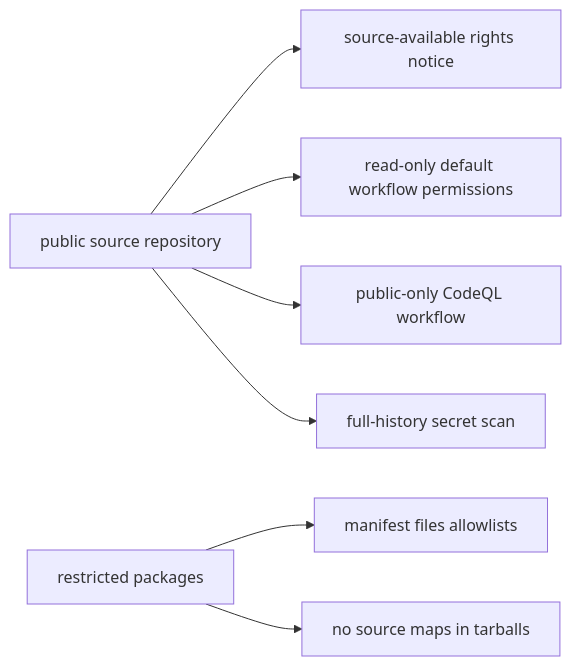
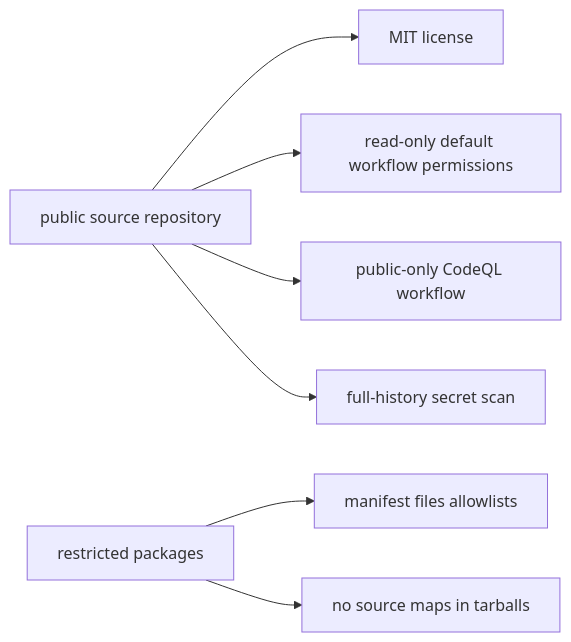
One commit to caffeinebounce/shared-packages changed the fifth of 5 diagrams in docs/ARCHITECTURE_DIAGRAMS.md. Above: the diagram before and after it, drawn with Mermaid. The commit also changed other lines of this file and 27 other files, not shown here.

Commit message:
docs: switch shared packages to MIT license

````diff
--- a/docs/ARCHITECTURE_DIAGRAMS.md
+++ b/docs/ARCHITECTURE_DIAGRAMS.md
@@ -67,9 +67,9 @@
 ```mermaid
 flowchart LR
-  repo["public source repository"] --> rights["source-available rights notice"]
+  repo["public source repository"] --> rights["MIT license"]
   repo --> workflows["read-only default workflow permissions"]
   repo --> codeql["public-only CodeQL workflow"]
   repo --> gitleaks["full-history secret scan"]
   packages["restricted packages"] --> allowlists["manifest files allowlists"]
   packages --> noMaps["no source maps in tarballs"]
 ```
````
